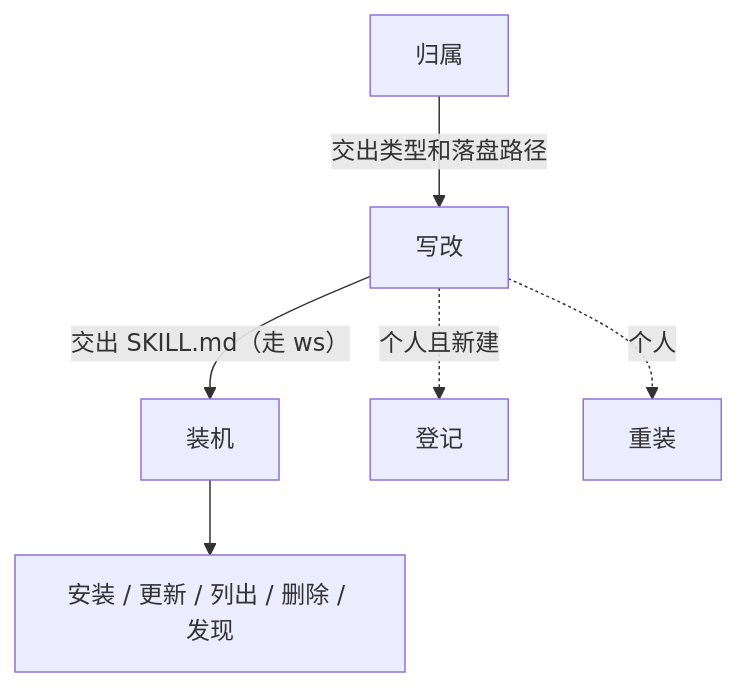
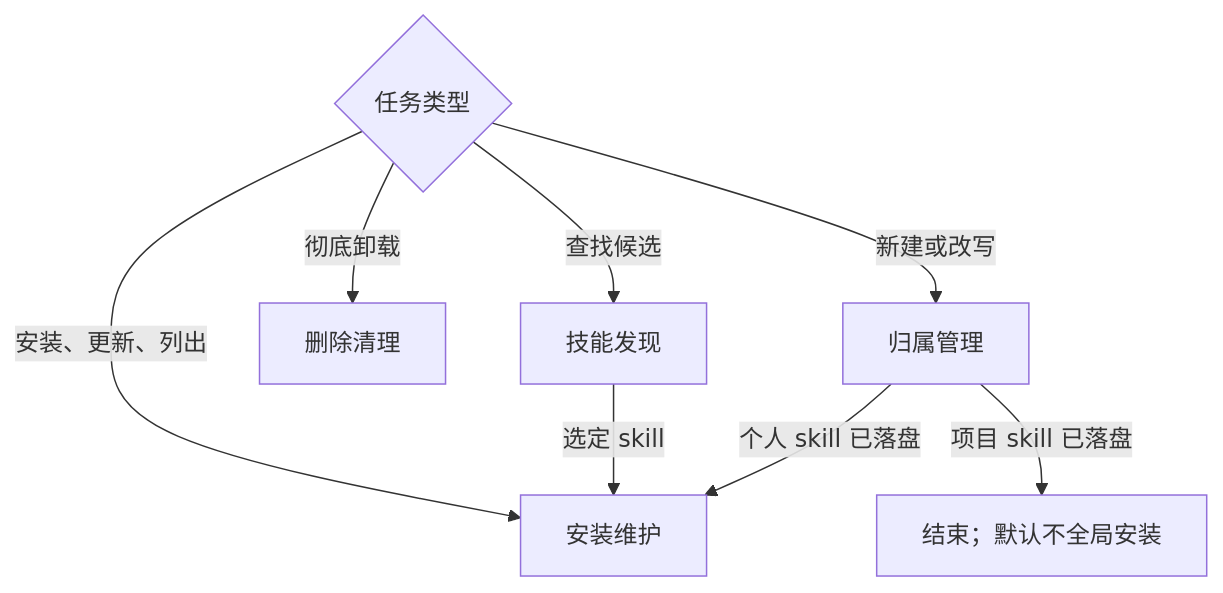
One commit to yanggggjie/my-skills changed the diagram in skills/manage-skills/.temp-skill/workflow.md. Above: the diagram before and after it, drawn with Mermaid. The commit also changed 29 other files, not shown here.

````diff
--- a/skills/manage-skills/.temp-skill/workflow.md
+++ b/skills/manage-skills/.temp-skill/workflow.md
@@ -3,8 +3,10 @@
 ```mermaid
 flowchart TD
-  belong[归属] -->|交出类型和落盘路径| edit[写改]
-  edit -->|"交出 SKILL.md（走 ws）"| install[装机]
-  edit -.->|个人且新建| register[登记]
-  edit -.->|个人| reinstall[重装]
-  install --> ops["安装 / 更新 / 列出 / 删除 / 发现"]
+  A{任务类型} -->|新建或改写| B[归属管理]
+  A -->|安装、更新、列出| C[安装维护]
+  A -->|彻底卸载| D[删除清理]
+  A -->|查找候选| E[技能发现]
+  E -->|选定 skill| C
+  B -->|个人 skill 已落盘| C
+  B -->|项目 skill 已落盘| F[结束；默认不全局安装]
 ```
````
